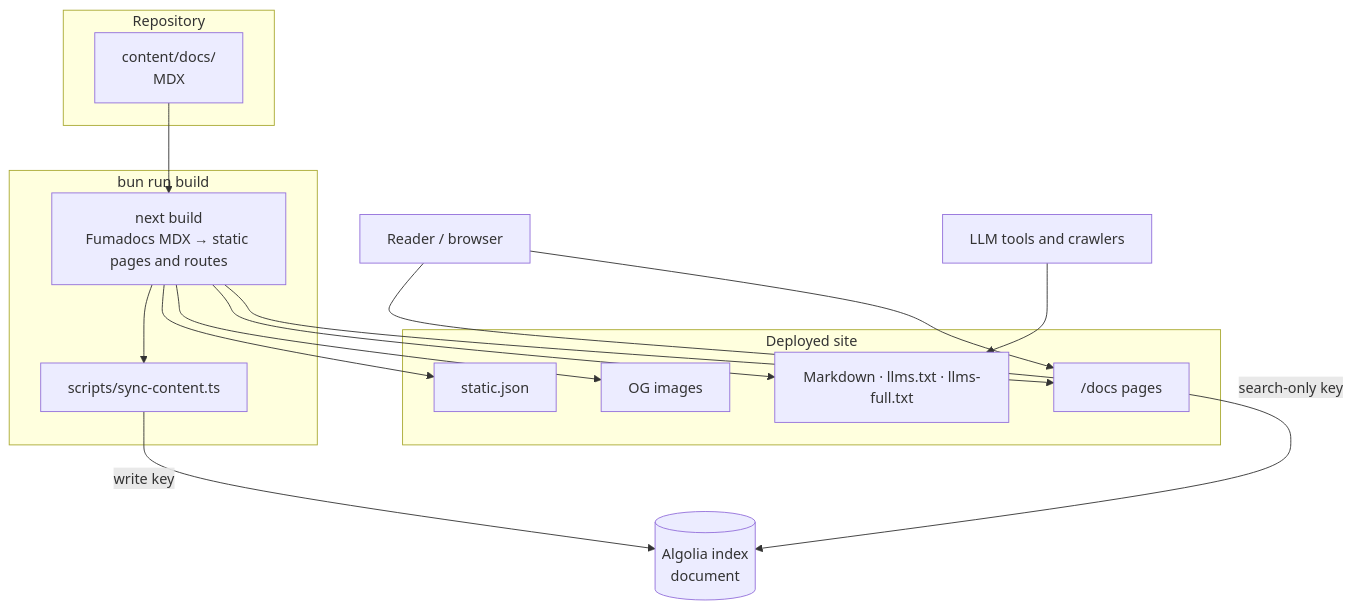
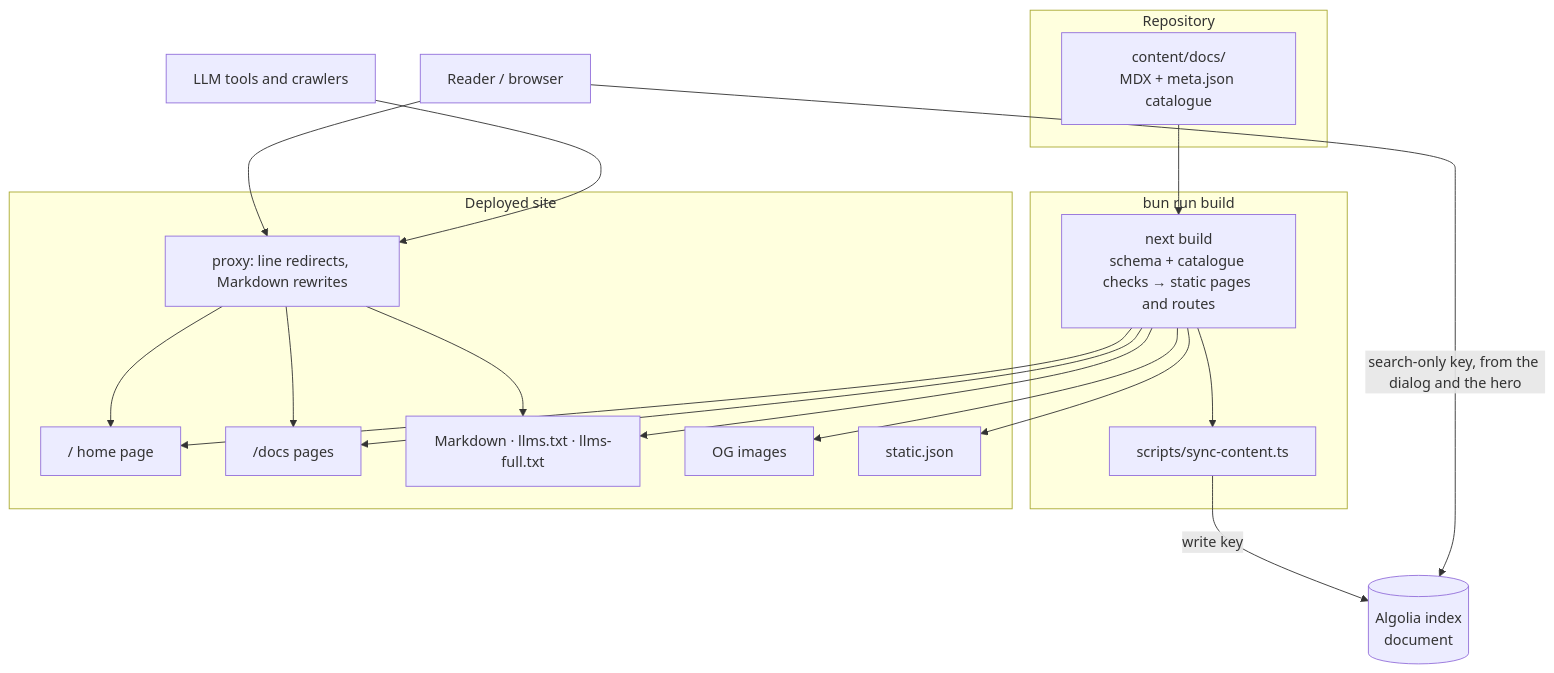
Before and after one commit to nepal-dev-com/docs.nepal-dev.com: the diagram in content/docs/documentation/architecture/system.mdx, drawn with Mermaid. The commit also changed other lines of this file and 49 other files, not shown here.

Commit message:
Home page redesigned

````diff
--- a/content/docs/documentation/architecture/system.mdx
+++ b/content/docs/documentation/architecture/system.mdx
@@ -54,25 +82,27 @@
 ```mermaid
 flowchart TB
   subgraph Repo["Repository"]
-    CONTENT["content/docs/<br/>MDX"]
+    CONTENT["content/docs/<br/>MDX + meta.json catalogue"]
   end
   subgraph Build["bun run build"]
-    NEXT["next build<br/>Fumadocs MDX → static pages and routes"]
+    NEXT["next build<br/>schema + catalogue checks → static pages and routes"]
     SYNC["scripts/sync-content.ts"]
   end
   subgraph Site["Deployed site"]
+    PROXY["proxy: line redirects, Markdown rewrites"]
+    HOME["/ home page"]
     PAGES["/docs pages"]
     MD["Markdown · llms.txt · llms-full.txt"]
     OG["OG images"]
     REC["static.json"]
   end
   ALG[("Algolia index<br/>document")]
   Reader["Reader / browser"]
   Bot["LLM tools and crawlers"]
 
-  CONTENT --> NEXT --> PAGES & MD & OG & REC
+  CONTENT --> NEXT --> HOME & PAGES & MD & OG & REC
   NEXT --> SYNC -->|write key| ALG
-  Reader --> PAGES
-  Reader -->|search-only key| ALG
-  Bot --> MD
+  Reader --> PROXY --> HOME & PAGES
+  Reader -->|search-only key, from the dialog and the hero| ALG
+  Bot --> PROXY --> MD
 ```
````
